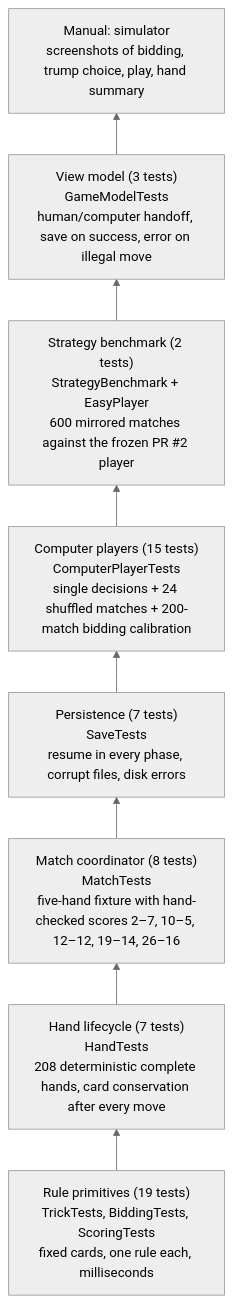
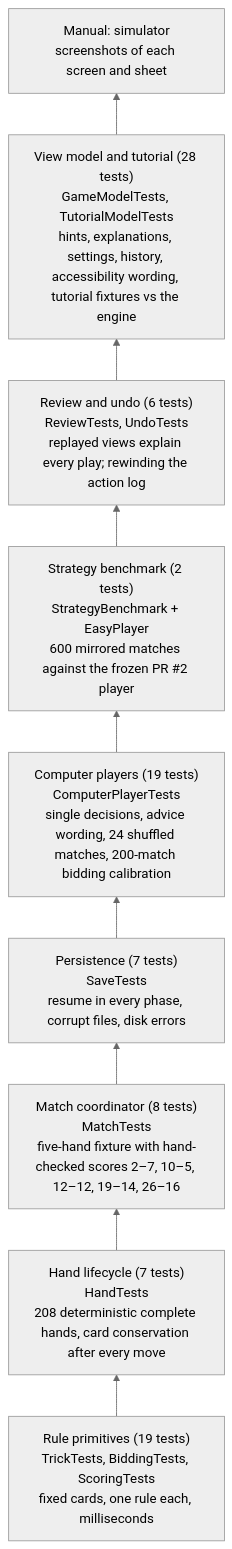
One commit to cmurphy1140/catch-5 changed the first of 2 diagrams in docs/testing.md. Above: the diagram before and after it, drawn with Mermaid (neutral theme). The commit also changed other lines of this file and 13 other files, not shown here.

````diff
--- a/docs/testing.md
+++ b/docs/testing.md
@@ -40,12 +40,13 @@
 ```mermaid
 flowchart BT
     L1["Rule primitives (19 tests)<br/>TrickTests, BiddingTests, ScoringTests<br/>fixed cards, one rule each, milliseconds"]
     L2["Hand lifecycle (7 tests)<br/>HandTests<br/>208 deterministic complete hands, card conservation after every move"]
     L3["Match coordinator (8 tests)<br/>MatchTests<br/>five-hand fixture with hand-checked scores 2–7, 10–5, 12–12, 19–14, 26–16"]
     L4["Persistence (7 tests)<br/>SaveTests<br/>resume in every phase, corrupt files, disk errors"]
-    L5["Computer players (15 tests)<br/>ComputerPlayerTests<br/>single decisions + 24 shuffled matches + 200-match bidding calibration"]
+    L5["Computer players (19 tests)<br/>ComputerPlayerTests<br/>single decisions, advice wording, 24 shuffled matches, 200-match bidding calibration"]
     L5b["Strategy benchmark (2 tests)<br/>StrategyBenchmark + EasyPlayer<br/>600 mirrored matches against the frozen PR #2 player"]
-    L6["View model (3 tests)<br/>GameModelTests<br/>human/computer handoff, save on success, error on illegal move"]
-    L7["Manual: simulator<br/>screenshots of bidding, trump choice, play, hand summary"]
-    L1 --> L2 --> L3 --> L4 --> L5 --> L5b --> L6 --> L7
+    L5c["Review and undo (6 tests)<br/>ReviewTests, UndoTests<br/>replayed views explain every play; rewinding the action log"]
+    L6["View model and tutorial (28 tests)<br/>GameModelTests, TutorialModelTests<br/>hints, explanations, settings, history, accessibility wording, tutorial fixtures vs the engine"]
+    L7["Manual: simulator<br/>screenshots of each screen and sheet"]
+    L1 --> L2 --> L3 --> L4 --> L5 --> L5b --> L5c --> L6 --> L7
 ```
````
